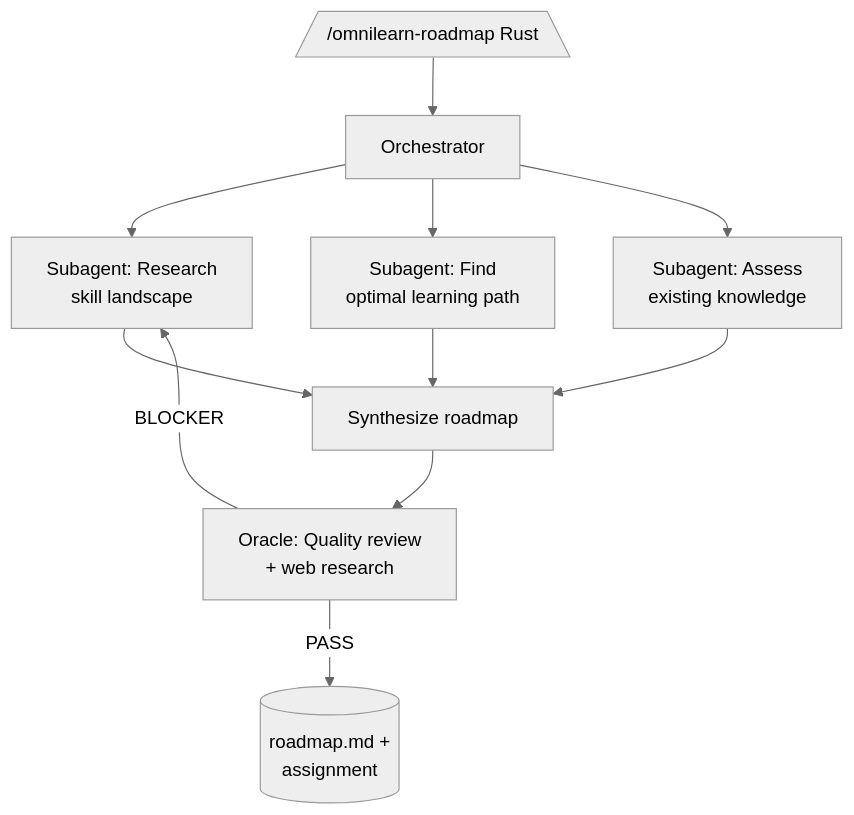
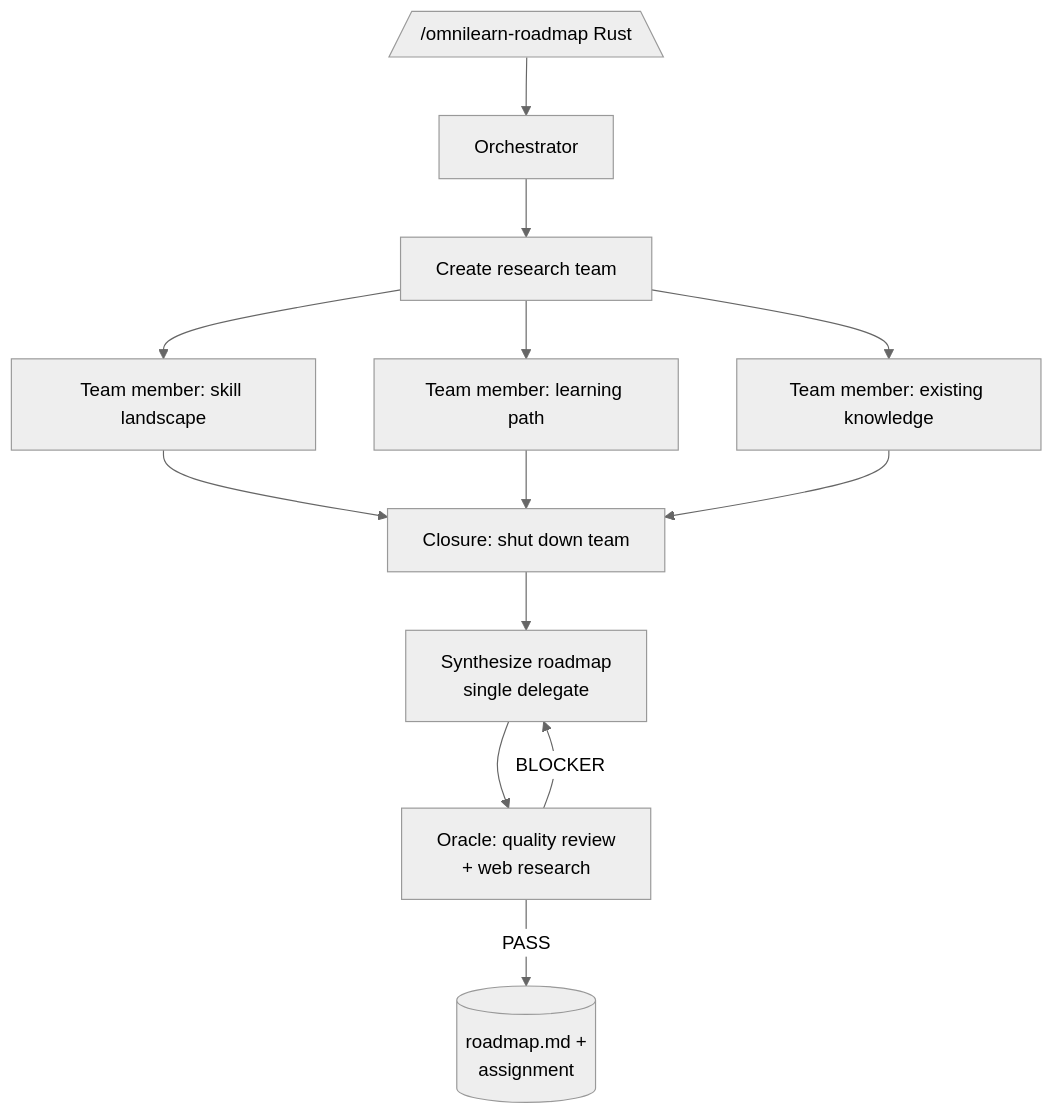
Before and after one commit to BlackPool25/OmniLearn: the diagram in README.md, drawn with Mermaid (neutral theme). The commit also changed other lines of this file and 13 other files, not shown here.

````diff
--- a/README.md
+++ b/README.md
@@ -50,11 +52,13 @@
 ```mermaid
 flowchart TB
   You[/"/omnilearn-roadmap Rust"\] --> O[Orchestrator]
-  O --> R1[Subagent: Research<br/>skill landscape]
-  O --> R2[Subagent: Find<br/>optimal learning path]
-  O --> R3[Subagent: Assess<br/>existing knowledge]
-  R1 & R2 & R3 --> S[Synthesize roadmap]
-  S --> C[Oracle: Quality review<br/>+ web research]
-  C -->|BLOCKER| R1
-  C -->|PASS| Out[(roadmap.md +<br/>assignment)]
+  O --> T[Create research team]
+  T --> M1[Team member: skill landscape]
+  T --> M2[Team member: learning path]
+  T --> M3[Team member: existing knowledge]
+  M1 & M2 & M3 --> C[Closure: shut down team]
+  C --> S[Synthesize roadmap<br/>single delegate]
+  S --> R[Oracle: quality review<br/>+ web research]
+  R -->|BLOCKER| S
+  R -->|PASS| Out[(roadmap.md +<br/>assignment)]
 ```
````
